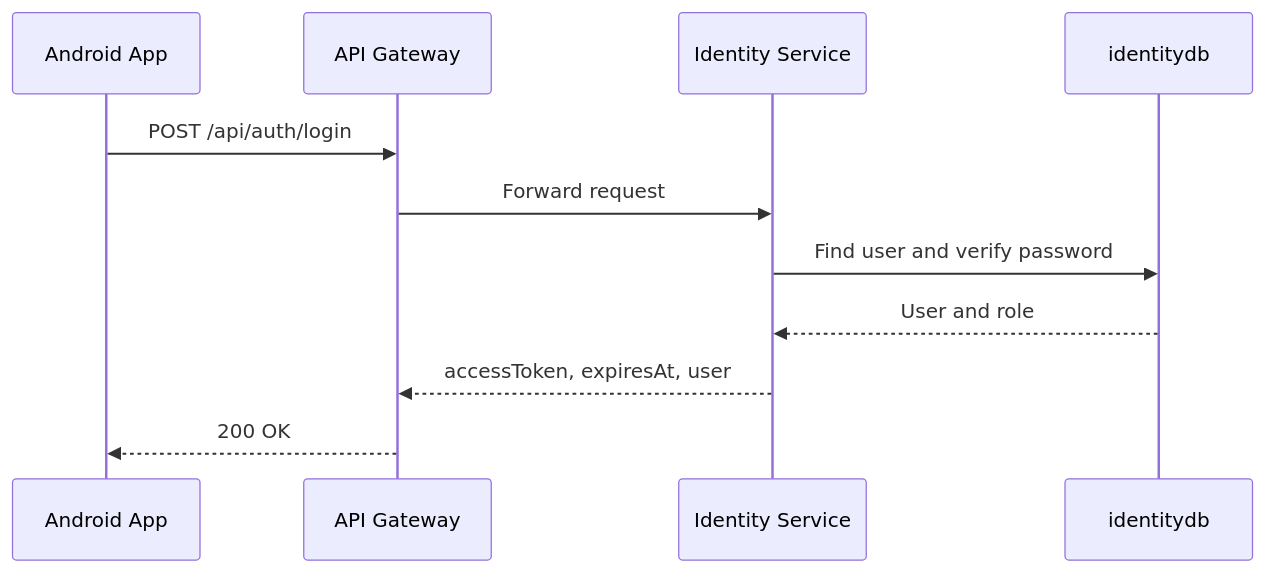
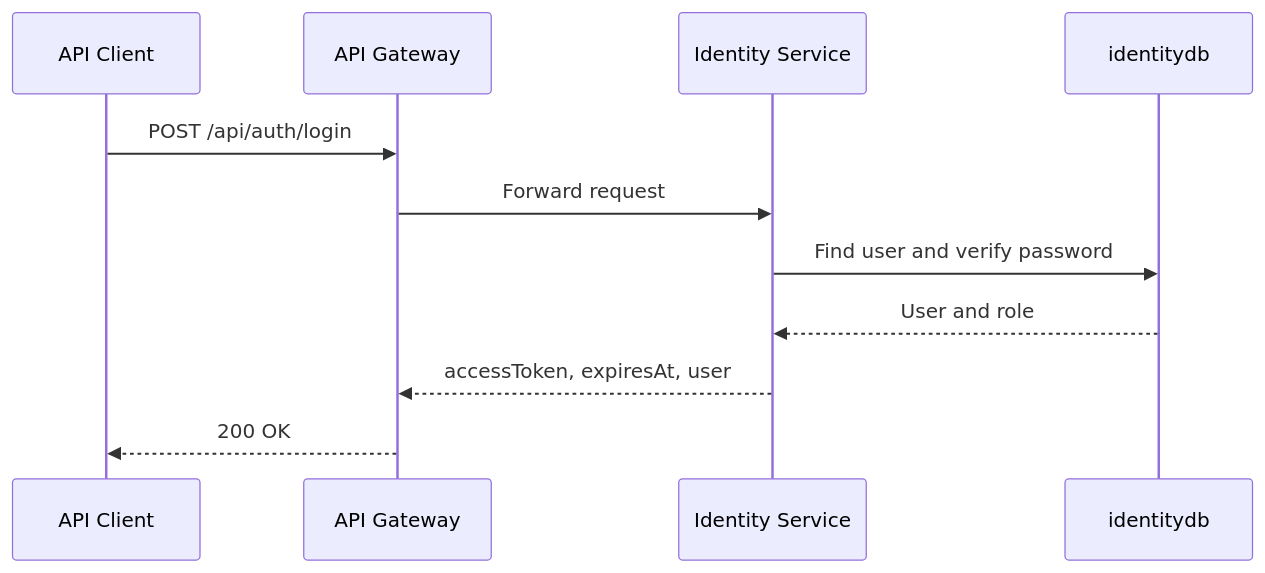
Before and after one commit to RenatoB04/Lesto: the first of 4 diagrams in docs/sequences.md, drawn with Mermaid. The commit also changed other lines of this file and 56 other files, not shown here.

Commit message:
refactor: remove Android client and focus on backend

````diff
--- a/docs/sequences.md
+++ b/docs/sequences.md
@@ -5,14 +5,14 @@
 ```mermaid
 sequenceDiagram
-    participant App as Android App
+    participant Client as API Client
     participant Gateway as API Gateway
     participant Identity as Identity Service
     participant Db as identitydb
 
-    App->>Gateway: POST /api/auth/login
+    Client->>Gateway: POST /api/auth/login
     Gateway->>Identity: Forward request
     Identity->>Db: Find user and verify password
     Db-->>Identity: User and role
     Identity-->>Gateway: accessToken, expiresAt, user
-    Gateway-->>App: 200 OK
+    Gateway-->>Client: 200 OK
 ```
````
